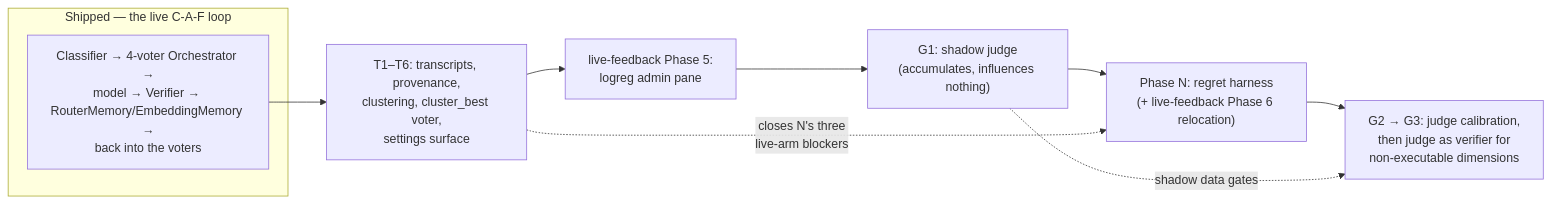
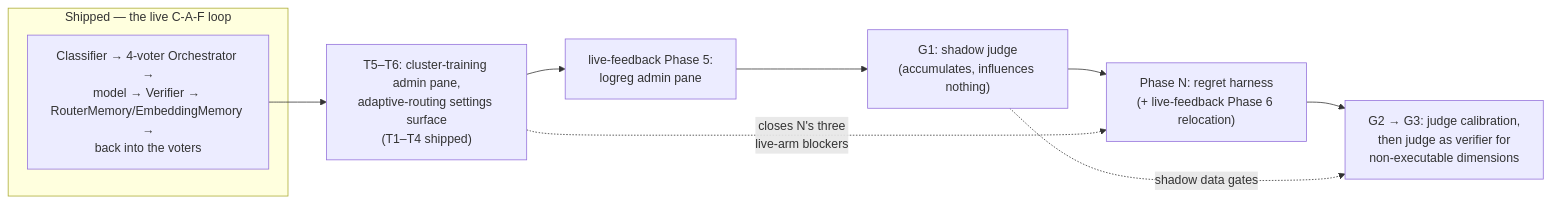
The diagram in src/PLAN.md (davidpizon/TotallyHot-ArcRouter), drawn with Mermaid before and after one commit. The commit also changed other lines of this file and 50 other files, not shown here.

First line of the commit message:
Implement Phases T3-T4: cluster_best voter and baseline comparison

````diff
--- a/src/PLAN.md
+++ b/src/PLAN.md
@@ -45,16 +44,16 @@
 ```mermaid
 flowchart LR
     subgraph shipped["Shipped — the live C-A-F loop"]
         LOOP["Classifier → 4-voter Orchestrator →<br/>model → Verifier → RouterMemory/EmbeddingMemory →<br/>back into the voters"]
     end
 
-    T["T1–T6: transcripts, provenance,<br/>clustering, cluster_best voter,<br/>settings surface"]
+    T["T5–T6: cluster-training admin pane,<br/>adaptive-routing settings surface<br/>(T1–T4 shipped)"]
     P5["live-feedback Phase 5:<br/>logreg admin pane"]
     G1["G1: shadow judge<br/>(accumulates, influences nothing)"]
     N["Phase N: regret harness<br/>(+ live-feedback Phase 6 relocation)"]
     G23["G2 → G3: judge calibration,<br/>then judge as verifier for<br/>non-executable dimensions"]
 
     LOOP --> T --> P5 --> G1 --> N --> G23
     T -.->|"closes N's three<br/>live-arm blockers"| N
     G1 -.->|"shadow data gates"| G23
 ```
````
